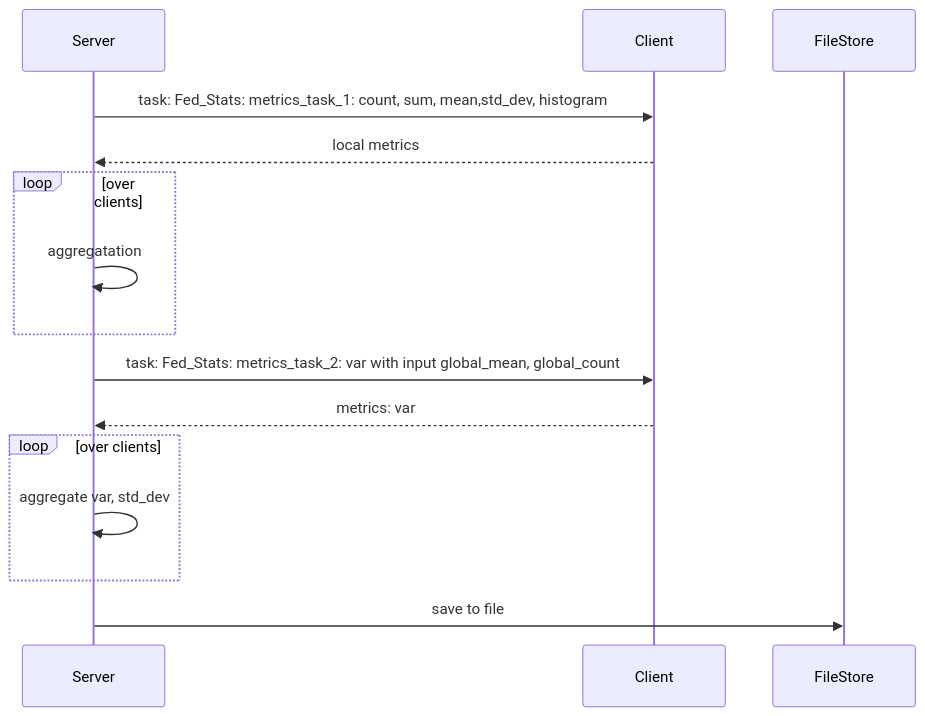
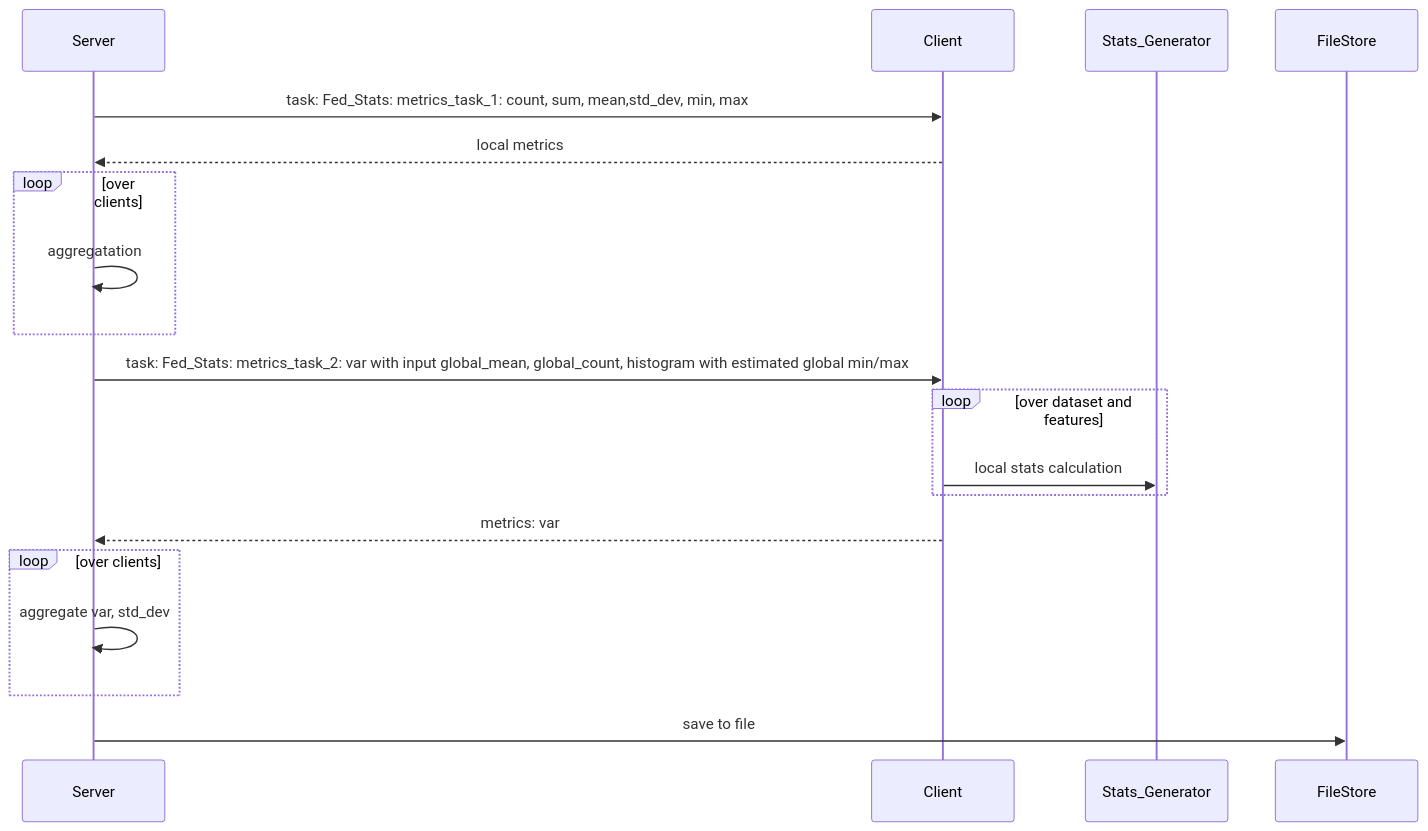
Before and after one commit to NVIDIA/NVFlare: the diagram in examples/federated_statistics/README.MD, drawn with Mermaid. The commit also changed other lines of this file and 13 other files, not shown here.

````diff
--- a/examples/federated_statistics/README.MD
+++ b/examples/federated_statistics/README.MD
@@ -23,18 +20,22 @@
 ```mermaid
  
 sequenceDiagram
     participant Server
     participant Client
+    participant Stats_Generator
     participant FileStore
-    Server->>Client: task: Fed_Stats: metrics_task_1: count, sum, mean,std_dev, histogram 
+    Server->>Client: task: Fed_Stats: metrics_task_1: count, sum, mean,std_dev, min, max 
     Client-->>Server: local metrics
     loop over clients
         Server->>Server: aggregatation
     end
-    Server->>Client:  task: Fed_Stats: metrics_task_2: var with input global_mean, global_count
+    Server->>Client:  task: Fed_Stats: metrics_task_2: var with input global_mean, global_count, histogram with estimated global min/max
+    loop over dataset and features
+       Client->>Stats_Generator: local stats calculation
+    end
     Client-->>Server: metrics: var
     loop over clients
         Server->>Server: aggregate var, std_dev
     end
     Server->>FileStore: save to file
 ```
````
